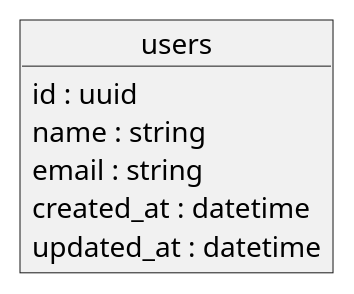
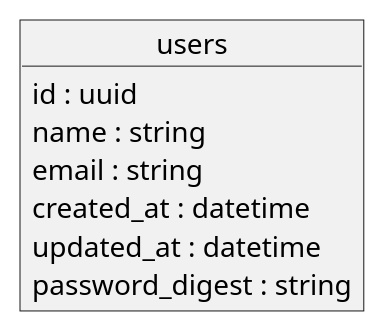
One commit to yoshik159753/devops-training changed the diagram in docs/software-design/data-models.pu. Above: the diagram before and after it, drawn with PlantUML.

Commit message:
6.3.1 ハッシュ化されたパスワード

```diff
--- a/docs/software-design/data-models.pu
+++ b/docs/software-design/data-models.pu
@@ -1,11 +1,12 @@
 @startuml data-modals
 
 object users {
   id : uuid
   name : string
   email : string
   created_at : datetime
   updated_at : datetime
+  password_digest : string
 }
 
 @enduml
```
